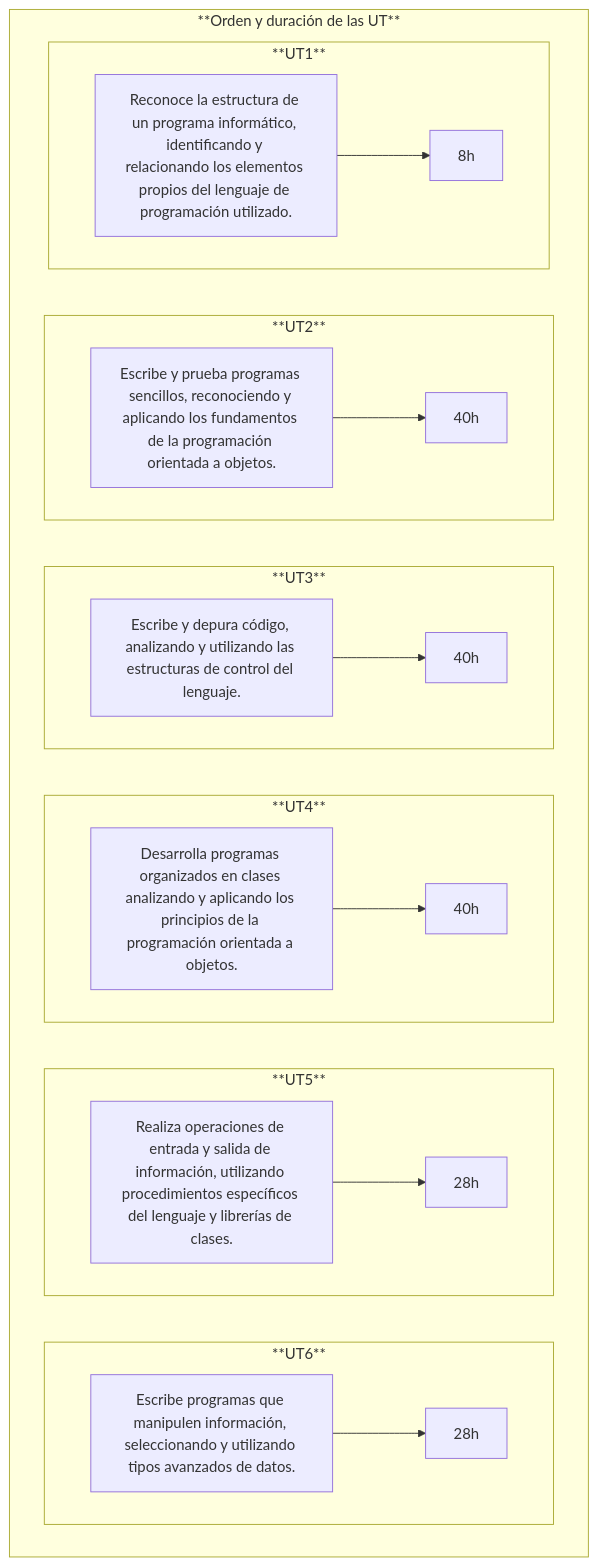
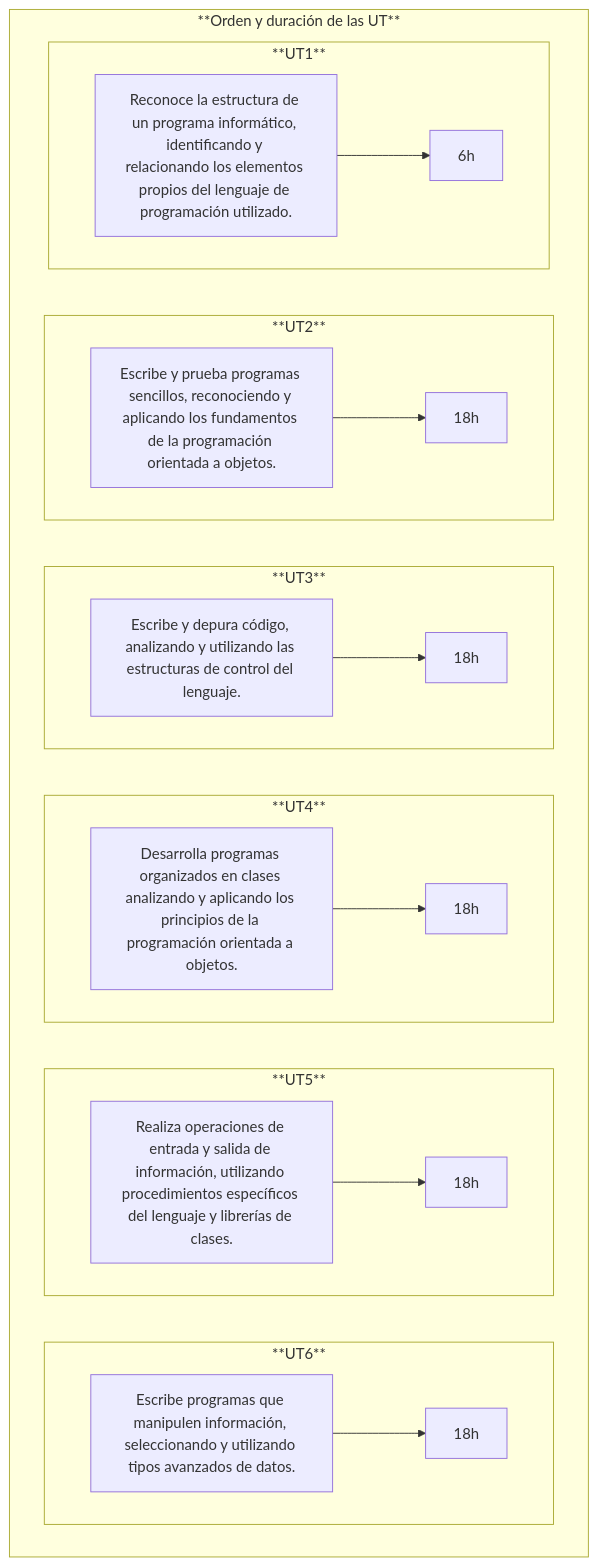
One commit to javieregeablasco/Apuntes changed the diagram in docs/SMX/SMX_2/Opt_Python/00_Temario.md. Above: the diagram before and after it, drawn with Mermaid. The commit also changed other lines of this file and 27 other files, not shown here.

````diff
--- a/docs/SMX/SMX_2/Opt_Python/00_Temario.md
+++ b/docs/SMX/SMX_2/Opt_Python/00_Temario.md
@@ -269,49 +263,49 @@
 ```mermaid
 flowchart TB 
   A["Reconoce la estructura de un programa informático, identificando y relacionando los elementos propios del lenguaje de programación utilizado."]
   B["Escribe y prueba programas sencillos, reconociendo y aplicando los fundamentos de la programación orientada a objetos."]
   C["Escribe y depura código, analizando y utilizando las estructuras de control del lenguaje."]
   D["Desarrolla programas organizados en clases analizando y aplicando los principios de la programación orientada a objetos."]
   E["Realiza operaciones de entrada y salida de información, utilizando procedimientos específicos del lenguaje y librerías de clases."]
   F["Escribe programas que manipulen información, seleccionando y utilizando tipos avanzados de datos."]
-  AA["8h"]
-  BB["40h"]
-  CC["40h"]
-  DD["40h"]
-  EE["28h"]
-  FF["28h"]
+  AA["6h"]
+  BB["18h"]
+  CC["18h"]
+  DD["18h"]
+  EE["18h"]
+  FF["18h"]
   
   subgraph **Orden y duración de las UT**
 
     subgraph **UT6**  
       direction LR
       F --> FF
     end
     
     subgraph **UT5**  
       direction LR
       E --> EE
     end
     
     subgraph **UT4**  
       direction LR
       D --> DD
     end
     
     subgraph **UT3**  
       direction LR
       C --> CC
     end
 
     subgraph **UT2** 
       direction LR
       B --> BB
     end  
 
     subgraph **UT1** 
       direction LR
       A --> AA
     end
 
   end
 ```
````
